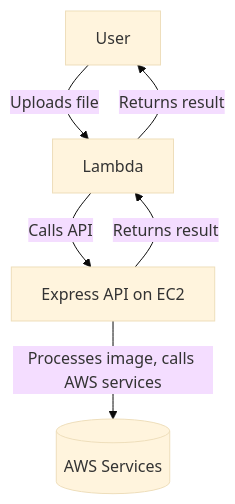
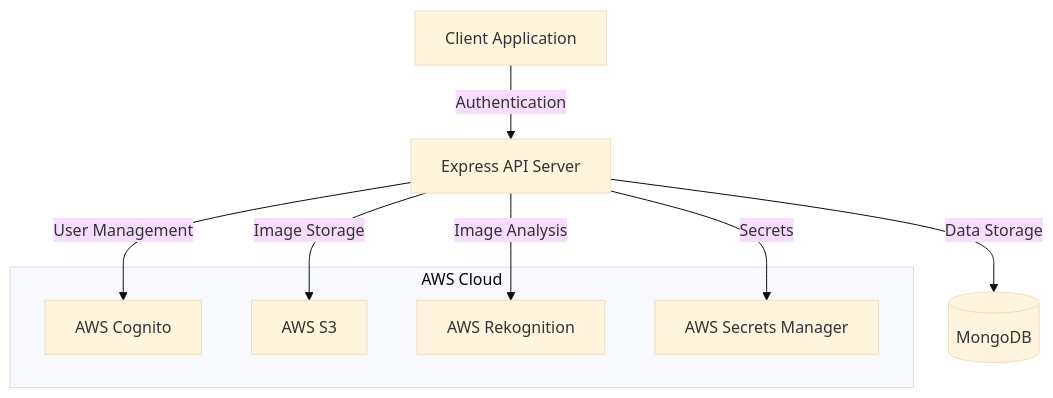
The diagram in README.md (JosephRemingston/serverless-image-processing), drawn with Mermaid (base theme) before and after one commit. The commit also changed other lines of this file and 4 other files, not shown here.

````diff
--- a/README.md
+++ b/README.md
@@ -18,8 +17,24 @@
 ```mermaid
-graph TD
-    User-->|Uploads file|Lambda
-    Lambda-->|Calls API|EC2[Express API on EC2]
-    EC2-->|Processes image, calls AWS services|AWS[(AWS Services)]
-    EC2-->|Returns result|Lambda
-    Lambda-->|Returns result|User
+graph TB
+    Client[Client Application]
+    API[Express API Server]
+    Cognito[AWS Cognito]
+    S3[AWS S3]
+    Rekognition[AWS Rekognition]
+    MongoDB[(MongoDB)]
+    SecretsManager[AWS Secrets Manager]
+
+    Client -->|Authentication| API
+    API -->|User Management| Cognito
+    API -->|Image Storage| S3
+    API -->|Image Analysis| Rekognition
+    API -->|Data Storage| MongoDB
+    API -->|Secrets| SecretsManager
+
+    subgraph AWS Cloud
+        Cognito
+        S3
+        Rekognition
+        SecretsManager
+    end
 ```
````
